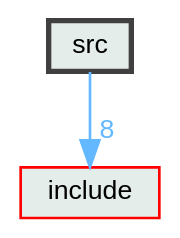
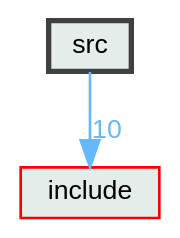
Before and after one commit to Juanki0396/ral: the diagram in docs/dir_68267d1309a1af8e8297ef4c3efbcdba_dep.dot, drawn with Graphviz. The commit also changed 58 other files, not shown here.

```diff
--- a/docs/dir_68267d1309a1af8e8297ef4c3efbcdba_dep.dot
+++ b/docs/dir_68267d1309a1af8e8297ef4c3efbcdba_dep.dot
@@ -1,11 +1,11 @@
 digraph "src"
 {
  // LATEX_PDF_SIZE
   bgcolor="transparent";
   edge [fontname=Helvetica,fontsize=10,labelfontname=Helvetica,labelfontsize=10];
   node [fontname=Helvetica,fontsize=10,shape=box,height=0.2,width=0.4];
   compound=true
   dir_68267d1309a1af8e8297ef4c3efbcdba [label="src", fillcolor="#e4edea", color="grey25", style="filled,bold", URL="dir_68267d1309a1af8e8297ef4c3efbcdba.html",tooltip=""];
   dir_d44c64559bbebec7f509842c48db8b23 [label="include", fillcolor="#e4edea", color="red", style="filled", URL="dir_d44c64559bbebec7f509842c48db8b23.html",tooltip=""];
-  dir_68267d1309a1af8e8297ef4c3efbcdba->dir_d44c64559bbebec7f509842c48db8b23 [headlabel="8", labeldistance=1.5 headhref="dir_000002_000000.html" href="dir_000002_000000.html" color="steelblue1" fontcolor="steelblue1"];
+  dir_68267d1309a1af8e8297ef4c3efbcdba->dir_d44c64559bbebec7f509842c48db8b23 [headlabel="10", labeldistance=1.5 headhref="dir_000002_000000.html" href="dir_000002_000000.html" color="steelblue1" fontcolor="steelblue1"];
 }
```
